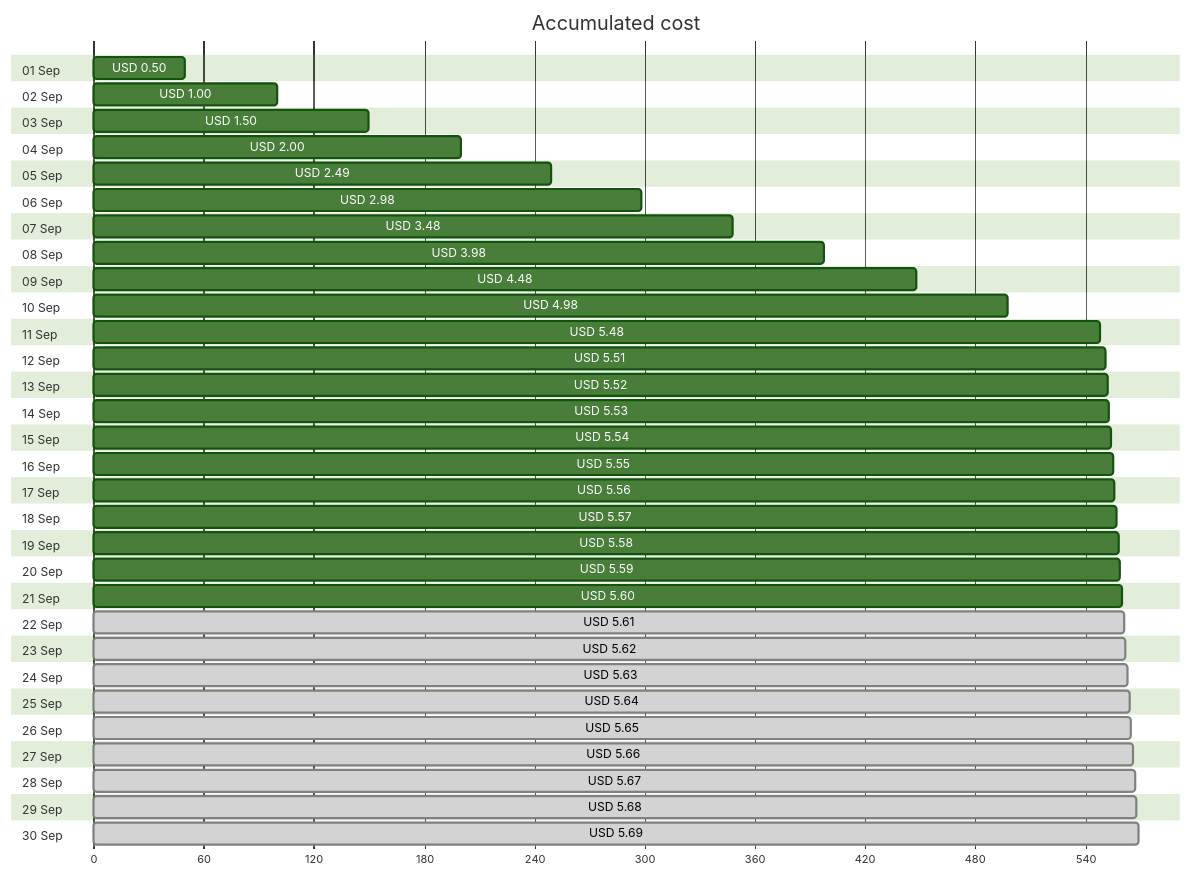
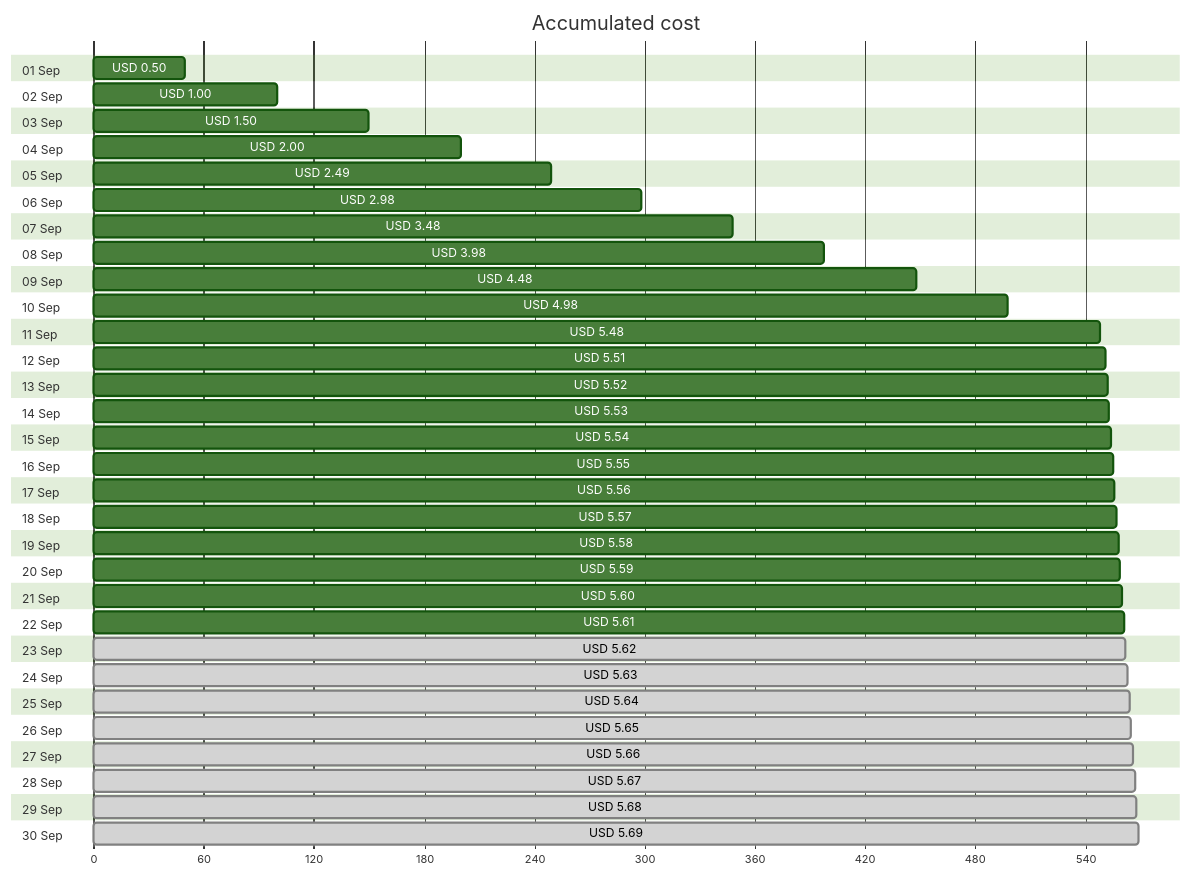
Before and after one commit to jpfulton/azure-personal-reports: the first of 4 diagrams in cost-reports/cloud-shell-storage-eastus/README.md, drawn with Mermaid (forest theme). The commit also changed other lines of this file and 1 other file, not shown here.

````diff
--- a/cost-reports/cloud-shell-storage-eastus/README.md
+++ b/cost-reports/cloud-shell-storage-eastus/README.md
@@ -20,66 +20,66 @@
 ```mermaid
 gantt
    title Accumulated cost
    dateFormat  X
    axisFormat %s
    section 01 Sep
    USD 0.50 :0, 50
    section 02 Sep
    USD 1.00 :0, 100
    section 03 Sep
    USD 1.50 :0, 150
    section 04 Sep
    USD 2.00 :0, 200
    section 05 Sep
    USD 2.49 :0, 249
    section 06 Sep
    USD 2.98 :0, 298
    section 07 Sep
    USD 3.48 :0, 348
    section 08 Sep
    USD 3.98 :0, 398
    section 09 Sep
    USD 4.48 :0, 448
    section 10 Sep
    USD 4.98 :0, 498
    section 11 Sep
    USD 5.48 :0, 548
    section 12 Sep
    USD 5.51 :0, 551
    section 13 Sep
    USD 5.52 :0, 552
    section 14 Sep
    USD 5.53 :0, 553
    section 15 Sep
    USD 5.54 :0, 554
    section 16 Sep
    USD 5.55 :0, 555
    section 17 Sep
    USD 5.56 :0, 556
    section 18 Sep
    USD 5.57 :0, 557
    section 19 Sep
    USD 5.58 :0, 558
    section 20 Sep
    USD 5.59 :0, 559
    section 21 Sep
    USD 5.60 :0, 560
    section 22 Sep
-   USD 5.61 : done, 0, 561
+   USD 5.61 :0, 561
    section 23 Sep
    USD 5.62 : done, 0, 562
    section 24 Sep
    USD 5.63 : done, 0, 563
    section 25 Sep
    USD 5.64 : done, 0, 564
    section 26 Sep
    USD 5.65 : done, 0, 565
    section 27 Sep
    USD 5.66 : done, 0, 566
    section 28 Sep
    USD 5.67 : done, 0, 567
    section 29 Sep
    USD 5.68 : done, 0, 568
    section 30 Sep
    USD 5.69 : done, 0, 569
 ```
````
